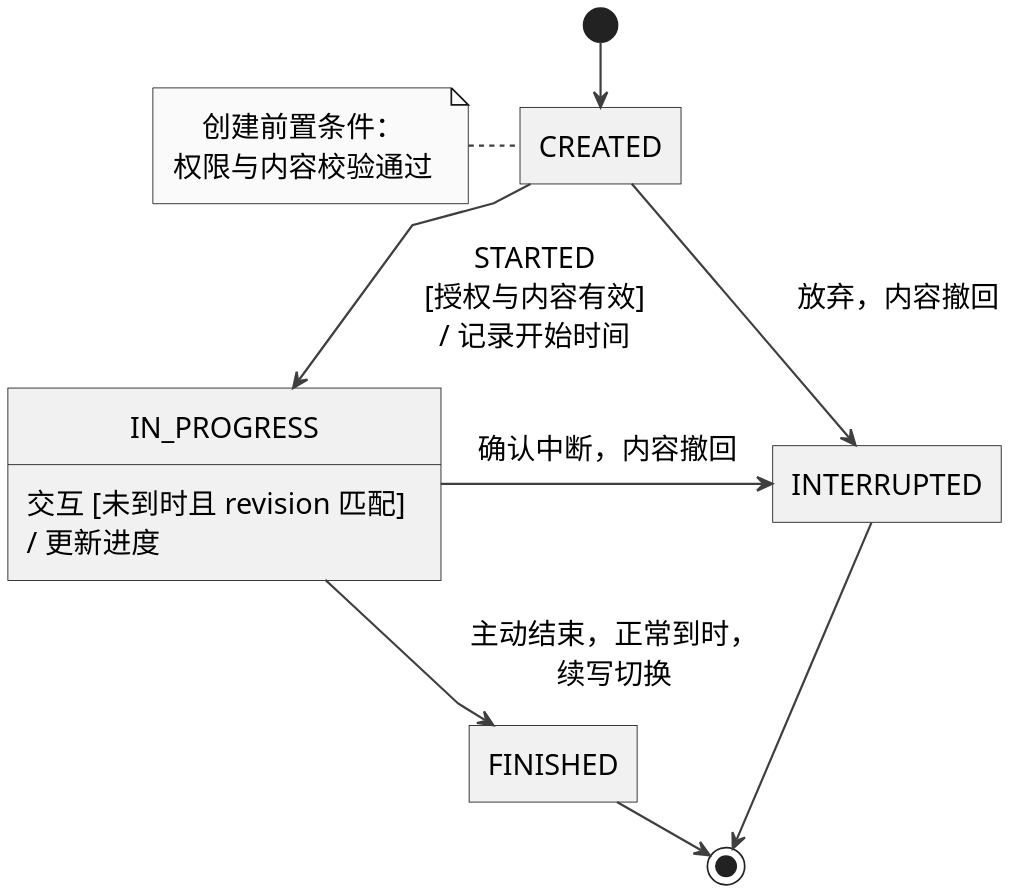
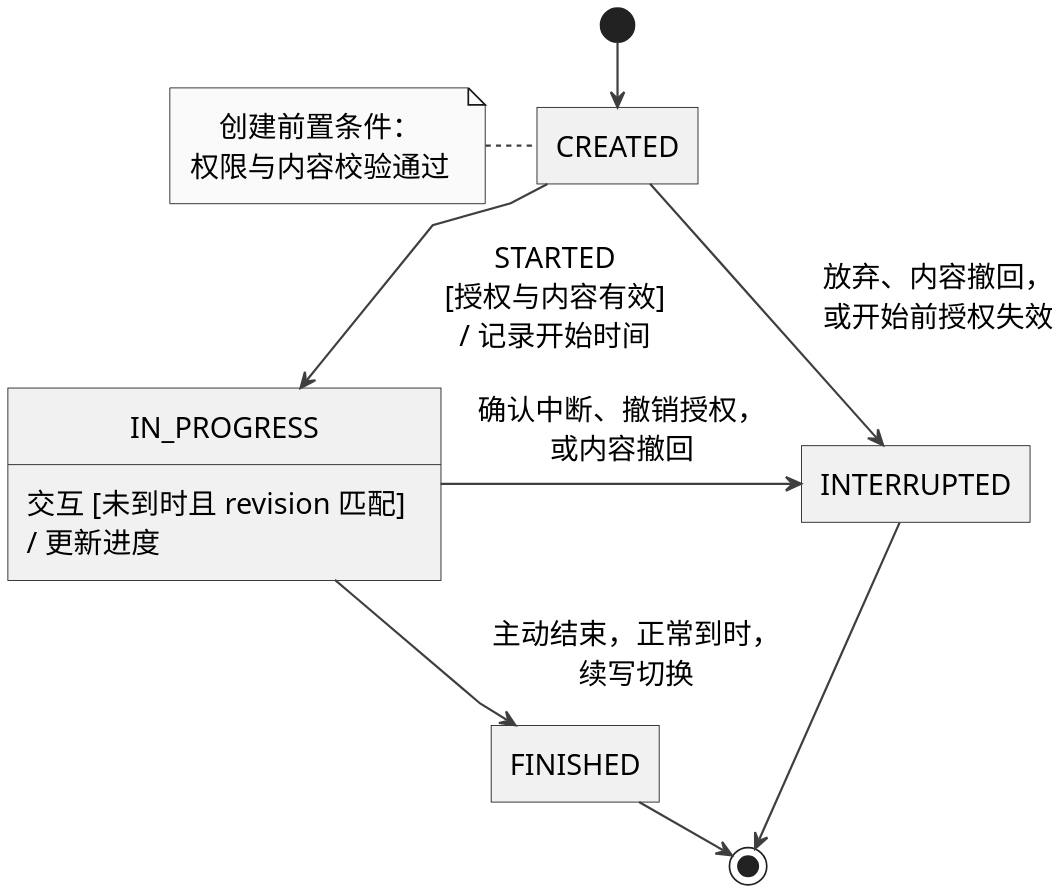
The diagram in docs/design/diagrams/system/fig-6-01-session-state.puml (209691048/202610-zhiya), drawn with PlantUML before and after one commit. The commit also changed 18 other files, not shown here.

```diff
--- a/docs/design/diagrams/system/fig-6-01-session-state.puml
+++ b/docs/design/diagrams/system/fig-6-01-session-state.puml
@@ -1,41 +1,41 @@
 @startuml
 ' ZHIYA v1.1 | 2026-11-04 | local PlantUML / Graphviz
 skinparam backgroundColor white
 skinparam defaultFontName Microsoft YaHei
 skinparam defaultFontSize 17
 skinparam shadowing false
 skinparam roundcorner 0
 skinparam dpi 220
 skinparam ArrowColor #334155
 skinparam ArrowThickness 1.3
 skinparam classAttributeIconSize 0
 skinparam packageStyle rectangle
 skinparam packageTitleAlignment left
 skinparam linetype polyline
 skinparam nodesep 65
 skinparam ranksep 60
 skinparam padding 6
 skinparam defaultTextAlignment center
 skinparam monochrome true
 hide empty members
 hide empty description
 skinparam nodesep 30
 skinparam ranksep 25
 state CREATED
 state IN_PROGRESS
 state FINISHED
 state INTERRUPTED
 [*] --> CREATED
 note left of CREATED
 创建前置条件：
 权限与内容校验通过
 end note
 CREATED -down-> IN_PROGRESS : STARTED\n[授权与内容有效]\n/ 记录开始时间
-CREATED -right-> INTERRUPTED : 放弃，内容撤回
+CREATED -right-> INTERRUPTED : 放弃、内容撤回，\n或开始前授权失效
 IN_PROGRESS : 交互 [未到时且 revision 匹配]\n/ 更新进度
 IN_PROGRESS -down-> FINISHED : 主动结束，正常到时，\n续写切换
-IN_PROGRESS -right-> INTERRUPTED : 确认中断，内容撤回
+IN_PROGRESS -right-> INTERRUPTED : 确认中断、撤销授权，\n或内容撤回
 FINISHED --> [*]
 INTERRUPTED --> [*]
 
 @enduml
```
